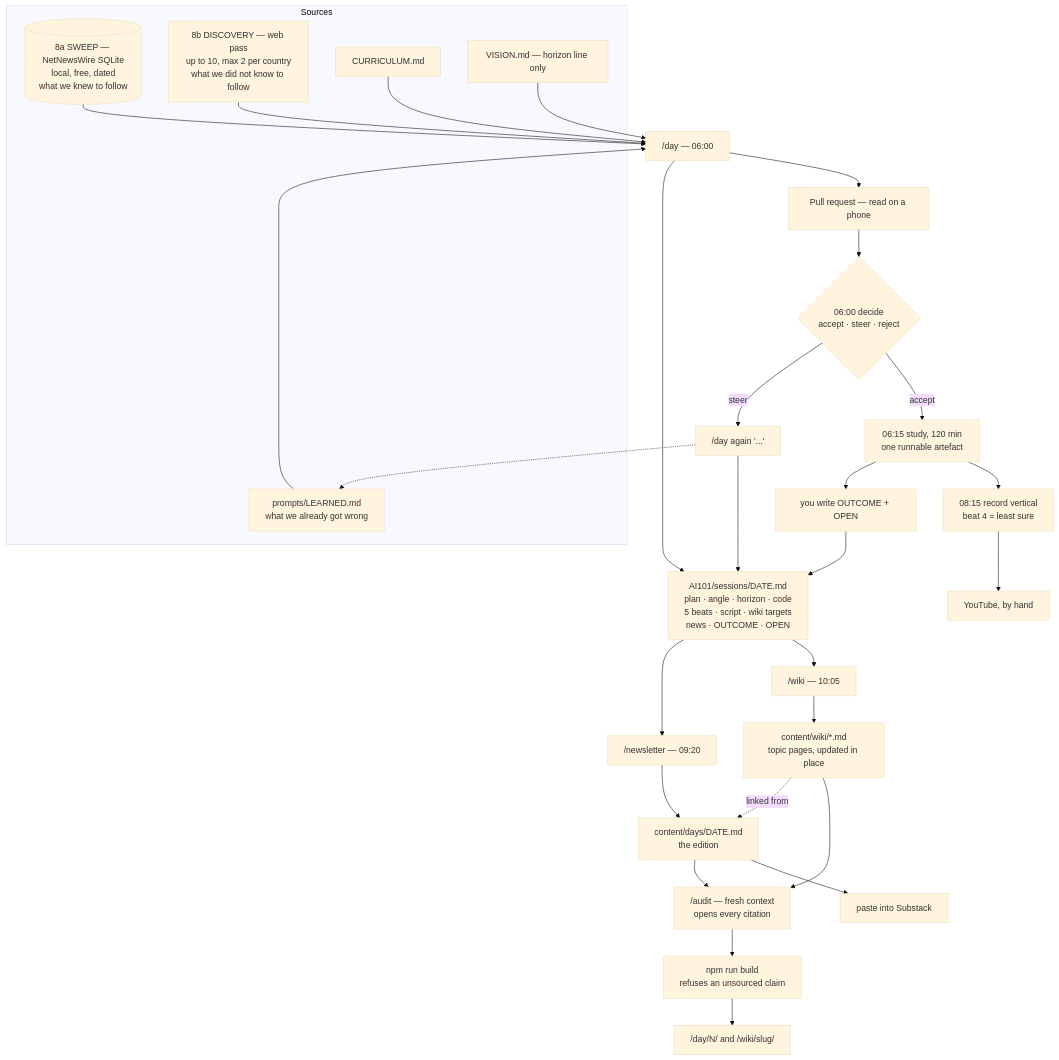
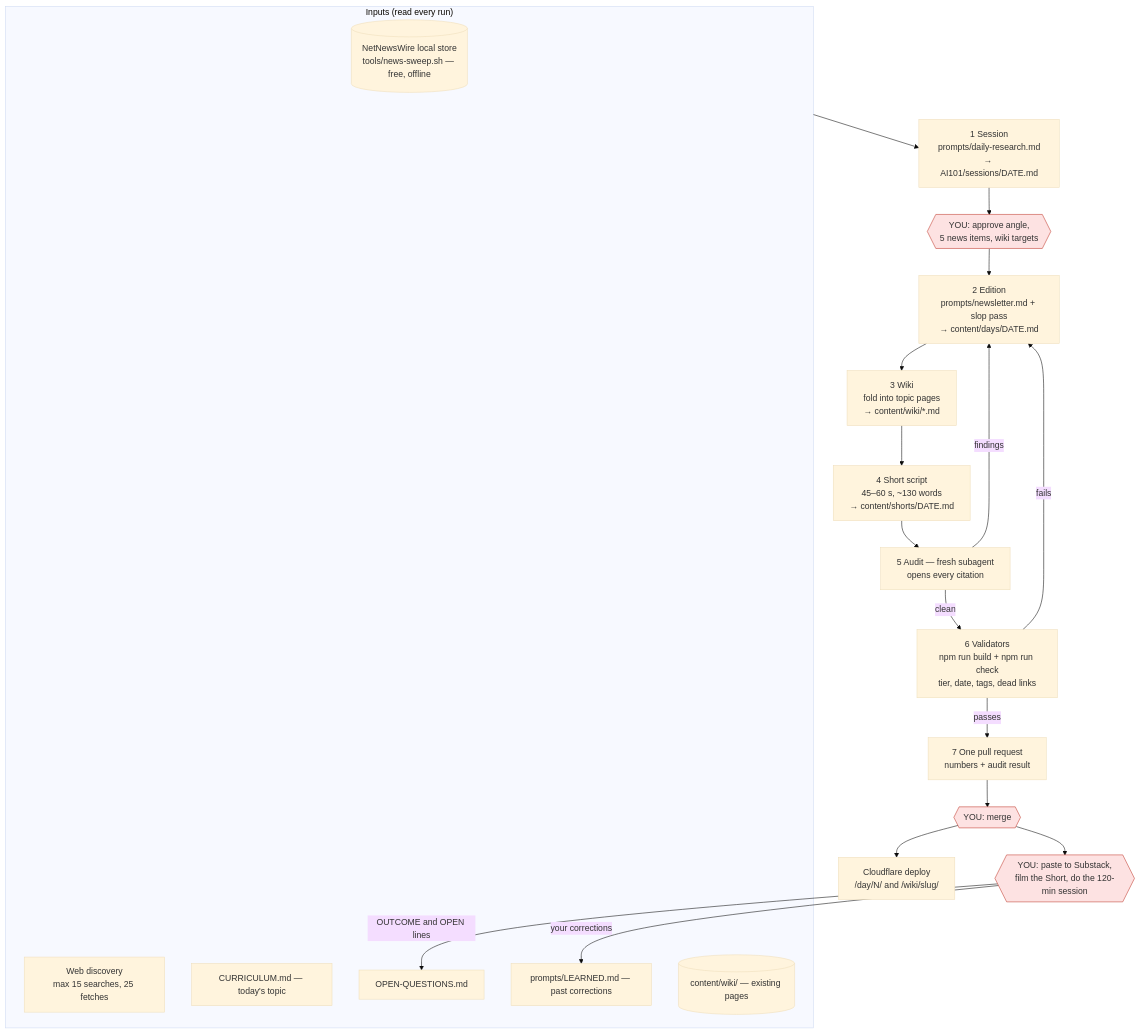
One commit to jpysh/jains.es changed the diagram in AI101/WORKFLOW.md. Above: the diagram before and after it, drawn with Mermaid (base theme). The commit also changed other lines of this file and 25 other files, not shown here.

First line of the commit message:
Slim AI101 to one daily command

````diff
--- a/AI101/WORKFLOW.md
+++ b/AI101/WORKFLOW.md
@@ -46,45 +6,35 @@
 ```mermaid
 flowchart TD
-    subgraph SRC["Sources"]
-        NNW[("8a SWEEP — NetNewsWire SQLite<br/>local, free, dated<br/>what we knew to follow")]
-        WEB["8b DISCOVERY — web pass<br/>up to 10, max 2 per country<br/>what we did not know to follow"]
-        CUR["CURRICULUM.md"]
-        VIS["VISION.md — horizon line only"]
-        LRN["prompts/LEARNED.md<br/>what we already got wrong"]
+    subgraph IN["Inputs (read every run)"]
+        NNW[("NetNewsWire local store<br/>tools/news-sweep.sh — free, offline")]
+        WEB["Web discovery<br/>max 15 searches, 25 fetches"]
+        CUR["CURRICULUM.md — today's topic"]
+        OQ["OPEN-QUESTIONS.md"]
+        LRN["prompts/LEARNED.md — past corrections"]
+        WIKI0[("content/wiki/ — existing pages")]
     end
 
-    DAY["/day — 06:00"]
-    NNW --> DAY
-    WEB --> DAY
-    CUR --> DAY
-    VIS --> DAY
-    LRN --> DAY
+    S1["1 Session<br/>prompts/daily-research.md<br/>→ AI101/sessions/DATE.md"]
+    H1{{"YOU: approve angle,<br/>5 news items, wiki targets"}}
+    S2["2 Edition<br/>prompts/newsletter.md + slop pass<br/>→ content/days/DATE.md"]
+    S3["3 Wiki<br/>fold into topic pages<br/>→ content/wiki/*.md"]
+    S4["4 Short script<br/>45–60 s, ~130 words<br/>→ content/shorts/DATE.md"]
+    A["5 Audit — fresh subagent<br/>opens every citation"]
+    B["6 Validators<br/>npm run build + npm run check<br/>tier, date, tags, dead links"]
+    PR["7 One pull request<br/>numbers + audit result"]
+    H2{{"YOU: merge"}}
+    H3{{"YOU: paste to Substack,<br/>film the Short, do the 120-min session"}}
+    OUT["Cloudflare deploy<br/>/day/N/ and /wiki/slug/"]
 
-    DAY --> SESS["AI101/sessions/DATE.md<br/>plan · angle · horizon · code<br/>5 beats · script · wiki targets<br/>news · OUTCOME · OPEN"]
-    DAY --> PR["Pull request — read on a phone"]
+    IN --> S1 --> H1 --> S2 --> S3 --> S4 --> A
+    A -- findings --> S2
+    A -- clean --> B
+    B -- fails --> S2
+    B -- passes --> PR --> H2 --> OUT
+    H2 --> H3
+    H3 -- "your corrections" --> LRN
+    H3 -- "OUTCOME and OPEN lines" --> OQ
 
-    PR --> DEC{"06:00 decide<br/>accept · steer · reject"}
-    DEC -->|steer| AGAIN["/day again '...'"]
-    AGAIN --> SESS
-    AGAIN -.-> LRN
-    DEC -->|accept| STUDY["06:15 study, 120 min<br/>one runnable artefact"]
-
-    STUDY --> FILL["you write OUTCOME + OPEN"]
-    FILL --> SESS
-    STUDY --> REC["08:15 record vertical<br/>beat 4 = least sure"]
-
-    SESS --> NL["/newsletter — 09:20"]
-    SESS --> WK["/wiki — 10:05"]
-
-    NL --> ED["content/days/DATE.md<br/>the edition"]
-    WK --> TOPIC["content/wiki/*.md<br/>topic pages, updated in place"]
-    TOPIC -.->|linked from| ED
-
-    ED --> AUD["/audit — fresh context<br/>opens every citation"]
-    TOPIC --> AUD
-
-    AUD --> BUILD["npm run build<br/>refuses an unsourced claim"]
-    BUILD --> SITE["/day/N/ and /wiki/slug/"]
-    ED --> SUB["paste into Substack"]
-    REC --> YT["YouTube, by hand"]
+    classDef human fill:#fde2e2,stroke:#c0392b
+    class H1,H2,H3 human
 ```
````
